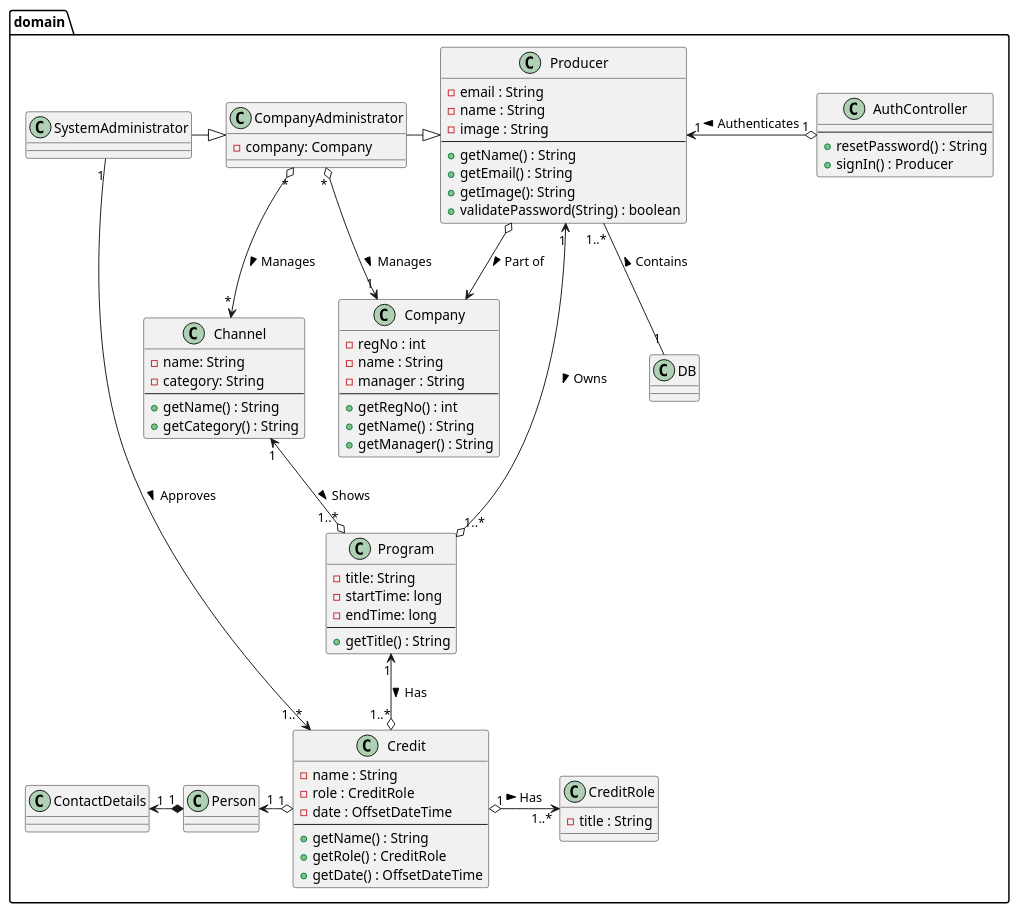
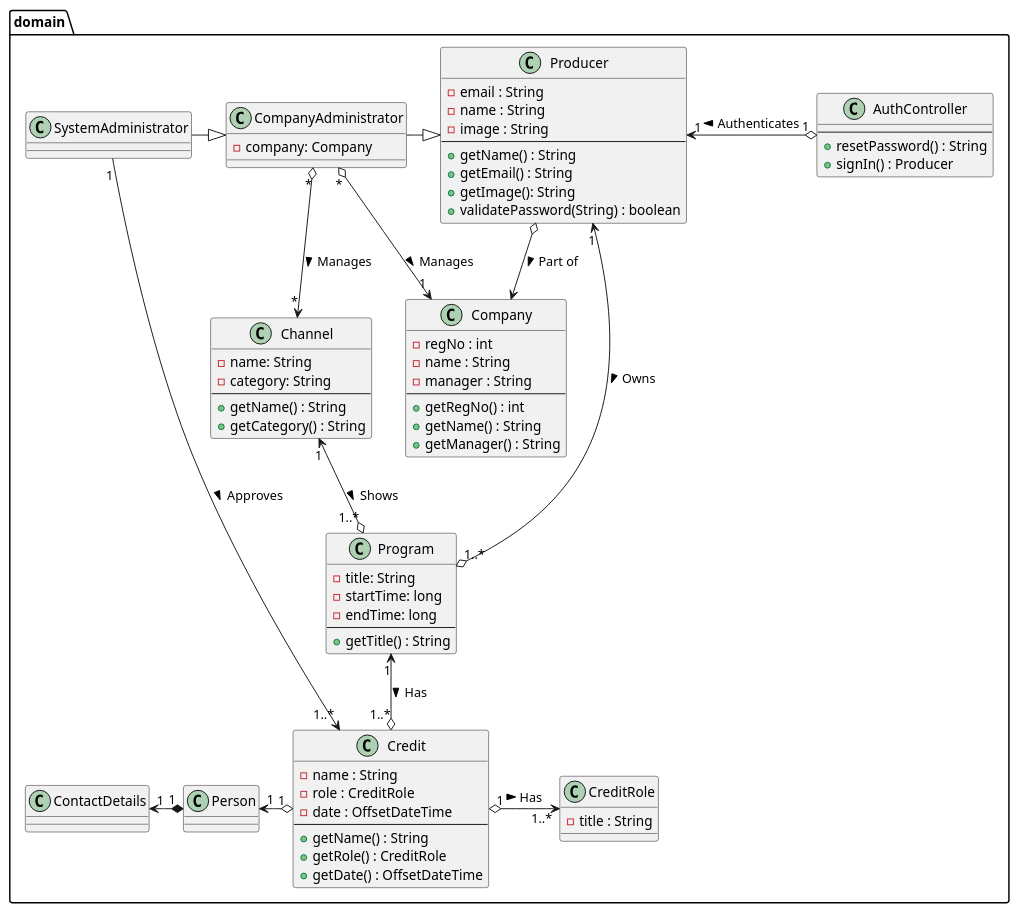
Before and after one commit to Berkanktk/SE02-SE-G02-SPRO: the diagram in uml/class_diagrams/domain_model/domain_model_extended.puml, drawn with PlantUML. The commit also changed 5 other files, not shown here.

```diff
--- a/uml/class_diagrams/domain_model/domain_model_extended.puml
+++ b/uml/class_diagrams/domain_model/domain_model_extended.puml
@@ -1,105 +1,100 @@
 @startuml
 'https://plantuml.com/class-diagram
 
 package "domain" {
     'Personer her
     class Producer {
         - email : String
         - name : String
         - image : String
         --
         + getName() : String
         + getEmail() : String
         + getImage(): String
         + validatePassword(String) : boolean
     }
 
     class CompanyAdministrator {
         - company: Company
     }
 
     class SystemAdministrator {
     }
 
     'Naeste
     class Company {
         - regNo : int
         - name : String
         - manager : String
         --
         + getRegNo() : int
         + getName() : String
         + getManager() : String
     }
 
     class Channel {
         - name: String
         - category: String
         --
         + getName() : String
         + getCategory() : String
     }
 
     class Program {
         - title: String
         -startTime: long
         -endTime: long
         --
         + getTitle() : String
     }
 
     class CreditRole {
         - title : String
     }
 
 
     class Credit {
         - name : String
         - role : CreditRole
         - date : OffsetDateTime
         --
         + getName() : String
         + getRole() : CreditRole
         + getDate() : OffsetDateTime
     }
 
     'Controller
     class AuthController {
         --
         + resetPassword() : String
         + signIn() : Producer
     }
 
-    'Statics
-    class DB {
-    }
-
     class Person {
     }
 
     class ContactDetails {
     }
 }
 
 SystemAdministrator "1" --> "1..*" Credit : "Approves >"
 SystemAdministrator -|> CompanyAdministrator
 
 CompanyAdministrator -|> Producer
 CompanyAdministrator "*" o--> "1" Company : "Manages >"
 CompanyAdministrator "*" o--> "*" Channel : "Manages >"
 
 Producer "1" <--o "1..*" Program : "Owns >"
 Producer "1" <-o "1" AuthController : "Authenticates <"
 Producer o--> Company : "Part of >"
-Producer "1..*" -- "1" DB : "Contains <"
 
 Channel "1" <--o "1..*" Program : "Shows >"
 
 Credit "1" o-> "1..*" CreditRole : "Has >"
 
 Program "1" <--o "1..*" Credit : "Has >"
 
 Person "1" <-o "1" Credit
 ContactDetails "1" <-* "1" Person
 
 @enduml
```
